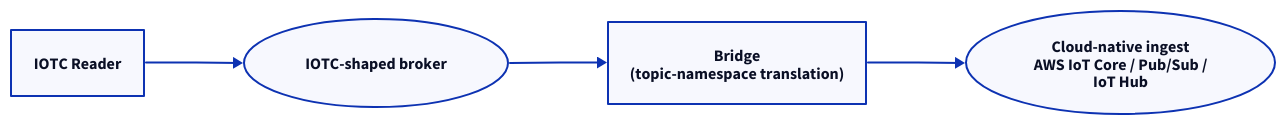
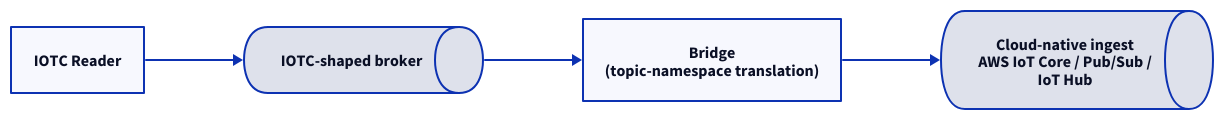
The second of 3 diagrams in docs/fleet/cloud-integration/patterns.md (admiral-ai/zebra-handheld-rfid-iotc), drawn with D2 before and after one commit. The commit also changed other lines of this file and 40 other files, not shown here.

First line of the commit message:
Redesign all 54 D2 diagrams to a unified visual system

````diff
--- a/docs/fleet/cloud-integration/patterns.md
+++ b/docs/fleet/cloud-integration/patterns.md
@@ -31,10 +32,11 @@
 ```d2
 direction: right
 R: IOTC Reader
-B: IOTC-shaped broker { shape: oval }
+B: IOTC-shaped broker { shape: queue }
 BR: "Bridge\n(topic-namespace translation)"
-CB: "Cloud-native ingest\nAWS IoT Core / Pub/Sub /\nIoT Hub" { shape: oval }
+CB: "Cloud-native ingest\nAWS IoT Core / Pub/Sub /\nIoT Hub" { shape: queue }
 R -> B
 B -> BR
 BR -> CB
+
 ```
````
